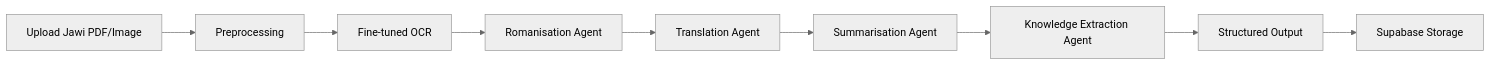
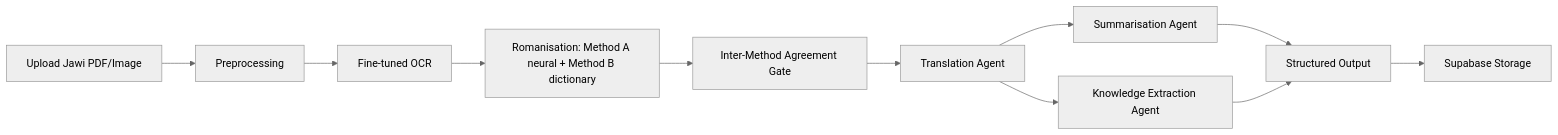
One commit to d33ppo/Multi-Agent-Framework-for-Classical-Malay changed the diagram in docs/README.md. Above: the diagram before and after it, drawn with Mermaid (neutral theme). The commit also changed other lines of this file and 10 other files, not shown here.

Commit message:
docs: align docs with agreement-gate pipeline and add diagrams

````diff
--- a/docs/README.md
+++ b/docs/README.md
@@ -25,11 +25,13 @@
 ```mermaid
 flowchart LR
     A[Upload Jawi PDF/Image] --> B[Preprocessing]
     B --> C[Fine-tuned OCR]
-    C --> E[Romanisation Agent]
-    E --> F[Translation Agent]
+    C --> E[Romanisation: Method A neural + Method B dictionary]
+    E --> GATE[Inter-Method Agreement Gate]
+    GATE --> F[Translation Agent]
     F --> G[Summarisation Agent]
-    G --> H[Knowledge Extraction Agent]
-    H --> I[Structured Output]
+    F --> H[Knowledge Extraction Agent]
+    G --> I[Structured Output]
+    H --> I
     I --> J[Supabase Storage]
 ```
````
